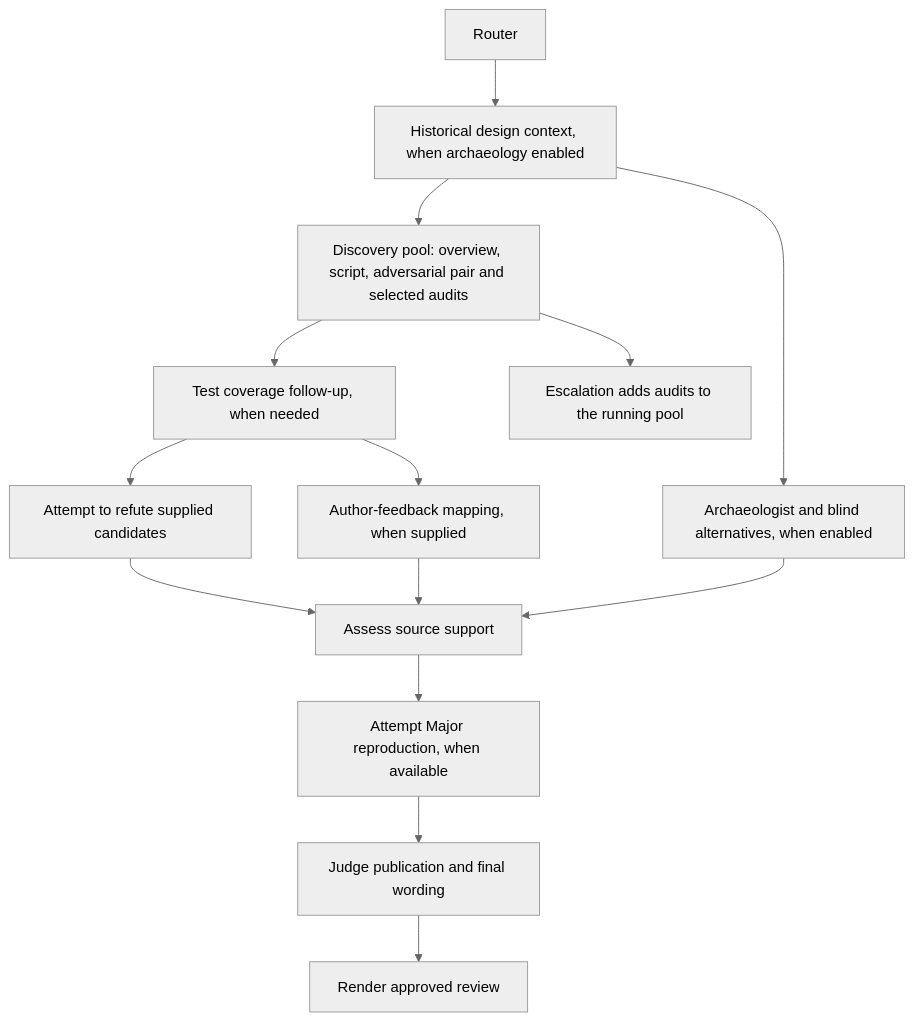
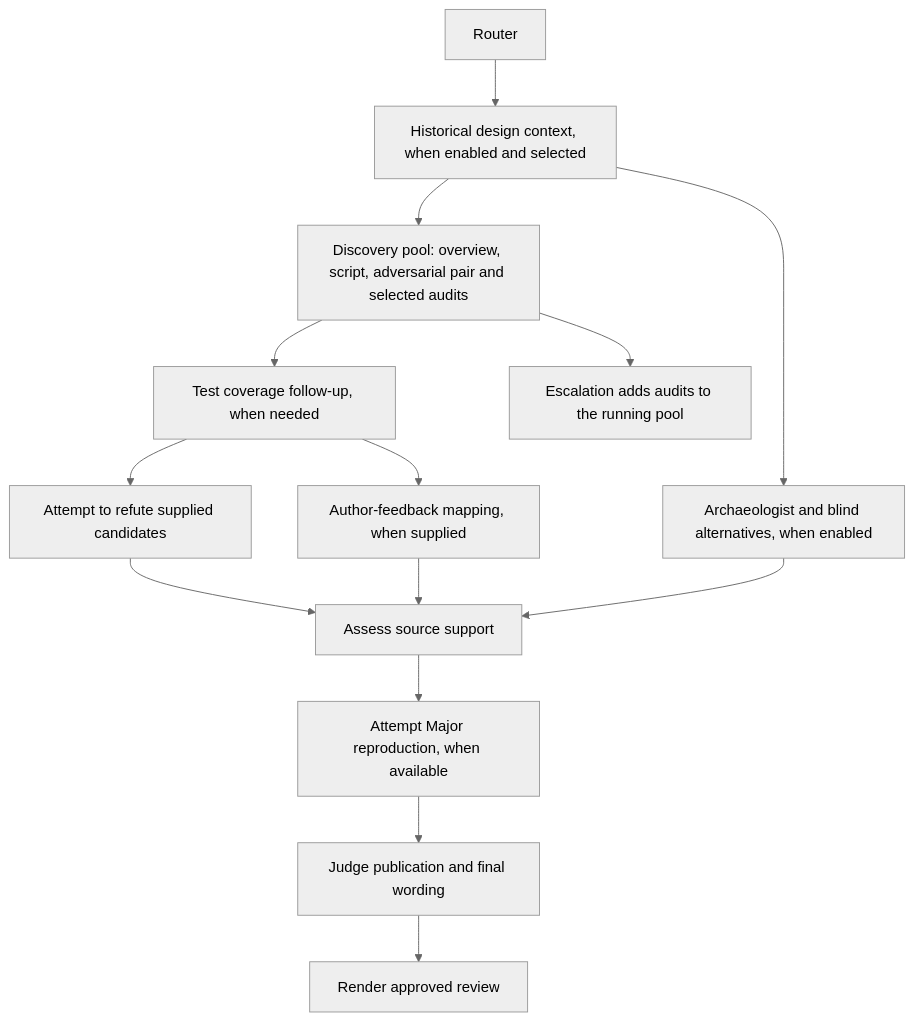
The diagram in pkgs/ralph/agents/README.md (willcl-ark/nix), drawn with Mermaid (neutral theme) before and after one commit. The commit also changed other lines of this file and 6 other files, not shown here.

````diff
--- a/pkgs/ralph/agents/README.md
+++ b/pkgs/ralph/agents/README.md
@@ -9,16 +9,16 @@
 ```mermaid
 flowchart TD
-    router[Router] --> context[Historical design context, when archaeology enabled]
+    router[Router] --> context[Historical design context, when enabled and selected]
     context --> discovery[Discovery pool: overview, script, adversarial pair and selected audits]
     context --> history[Archaeologist and blind alternatives, when enabled]
     discovery --> followup[Test coverage follow-up, when needed]
     discovery --> escalation[Escalation adds audits to the running pool]
     followup --> challenger[Attempt to refute supplied candidates]
     followup --> feedback[Author-feedback mapping, when supplied]
     challenger --> verifier[Assess source support]
     feedback --> verifier
     history --> verifier
     verifier --> write[Attempt Major reproduction, when available]
     write --> judge[Judge publication and final wording]
     judge --> render[Render approved review]
 ```
````
